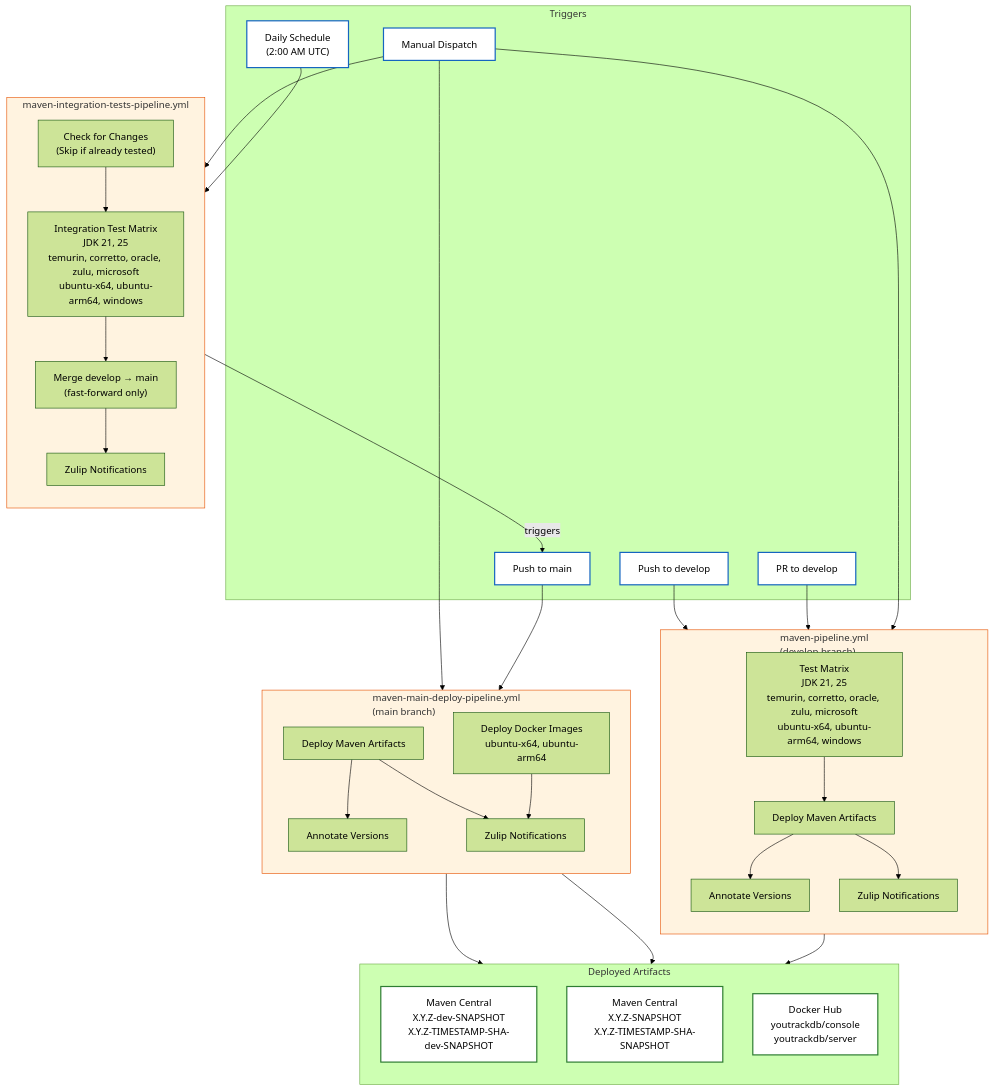
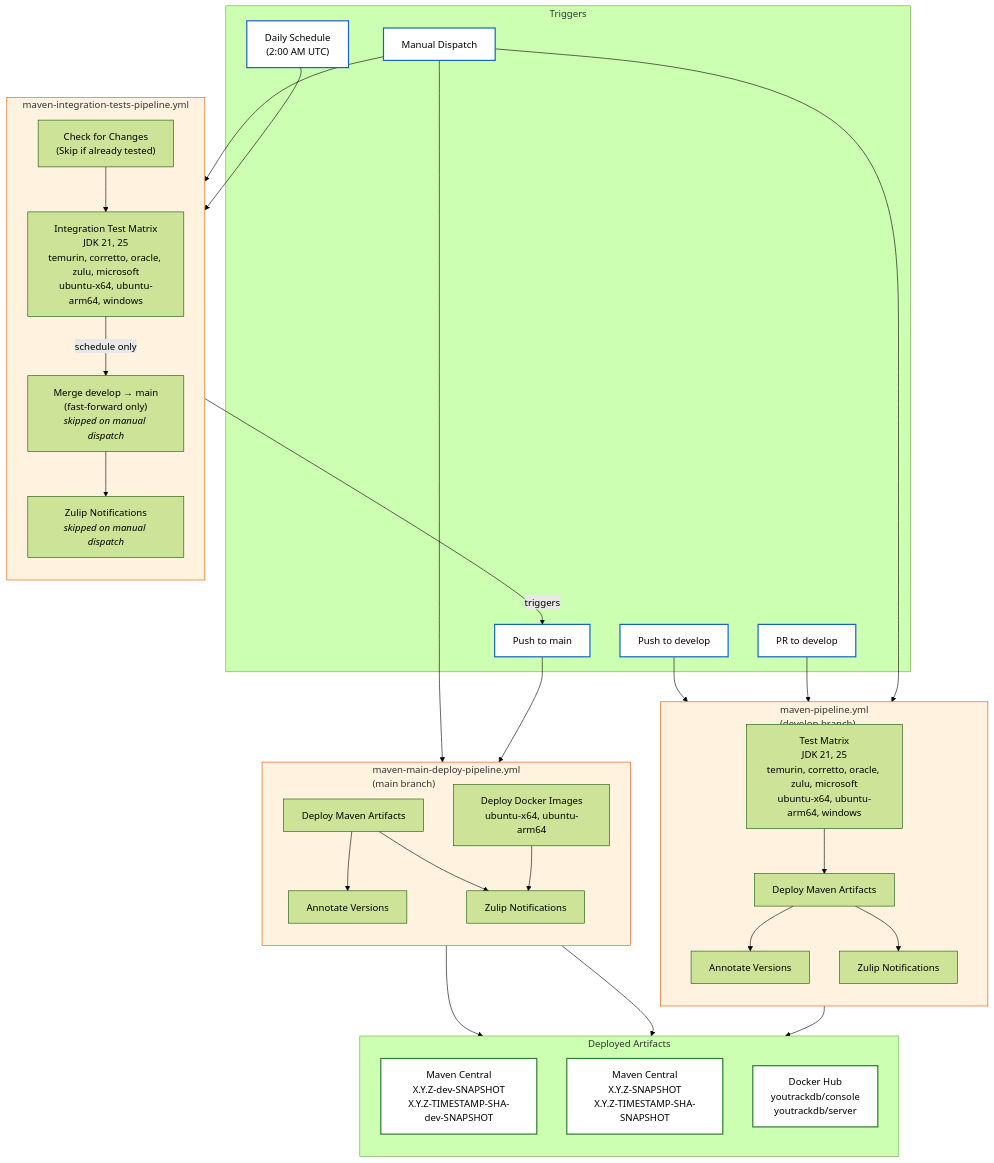
The diagram in .github/workflows/ci-cd-diagram.md (JetBrains/youtrackdb), drawn with Mermaid (forest theme) before and after one commit. The commit also changed other lines of this file, not shown here.

First line of the commit message:
YTDB-278: Update CI/CD documentation for manual dispatch behavior

````diff
--- a/.github/workflows/ci-cd-diagram.md
+++ b/.github/workflows/ci-cd-diagram.md
@@ -3,80 +3,80 @@
 ```mermaid
 flowchart TB
     subgraph triggers["Triggers"]
         push_develop["Push to develop"]
         pr_develop["PR to develop"]
         schedule["Daily Schedule<br/>(2:00 AM UTC)"]
         push_main["Push to main"]
         manual["Manual Dispatch"]
     end
 
     subgraph maven_pipeline["maven-pipeline.yml<br/>(develop branch)"]
         direction TB
         mp_test["Test Matrix<br/>JDK 21, 25<br/>temurin, corretto, oracle, zulu, microsoft<br/>ubuntu-x64, ubuntu-arm64, windows"]
         mp_deploy["Deploy Maven Artifacts"]
         mp_annotate["Annotate Versions"]
         mp_notify["Zulip Notifications"]
         mp_test --> mp_deploy
         mp_deploy --> mp_annotate
         mp_deploy --> mp_notify
     end
 
     subgraph integration_pipeline["maven-integration-tests-pipeline.yml"]
         direction TB
         it_check["Check for Changes<br/>(Skip if already tested)"]
         it_test["Integration Test Matrix<br/>JDK 21, 25<br/>temurin, corretto, oracle, zulu, microsoft<br/>ubuntu-x64, ubuntu-arm64, windows"]
-        it_merge["Merge develop → main<br/>(fast-forward only)"]
-        it_notify["Zulip Notifications"]
+        it_merge["Merge develop → main<br/>(fast-forward only)<br/><i>skipped on manual dispatch</i>"]
+        it_notify["Zulip Notifications<br/><i>skipped on manual dispatch</i>"]
         it_check --> it_test
-        it_test --> it_merge
+        it_test -->|"schedule only"| it_merge
         it_merge --> it_notify
     end
 
     subgraph main_pipeline["maven-main-deploy-pipeline.yml<br/>(main branch)"]
         direction TB
         main_deploy["Deploy Maven Artifacts"]
         main_annotate["Annotate Versions"]
         main_docker["Deploy Docker Images<br/>ubuntu-x64, ubuntu-arm64"]
         main_notify["Zulip Notifications"]
         main_deploy --> main_annotate
         main_deploy --> main_notify
         main_docker --> main_notify
     end
 
     subgraph artifacts["Deployed Artifacts"]
         direction TB
         maven_dev["Maven Central<br/>X.Y.Z-dev-SNAPSHOT<br/>X.Y.Z-TIMESTAMP-SHA-dev-SNAPSHOT"]
         maven_release["Maven Central<br/>X.Y.Z-SNAPSHOT<br/>X.Y.Z-TIMESTAMP-SHA-SNAPSHOT"]
         docker["Docker Hub<br/>youtrackdb/console<br/>youtrackdb/server"]
     end
 
 %% Trigger connections
     push_develop --> maven_pipeline
     pr_develop --> maven_pipeline
     manual --> maven_pipeline
     manual --> integration_pipeline
     manual --> main_pipeline
     schedule --> integration_pipeline
     push_main --> main_pipeline
 %% Pipeline to artifacts
     mp_deploy --> maven_dev
     main_deploy --> maven_release
     main_docker --> docker
 %% Integration triggers main
     it_merge -->|" triggers "| push_main
 %% Styling
   classDef trigger fill: #fff, stroke: #1565c0, stroke-width: 2px
   classDef pipeline fill: #fff3e0, stroke: #e65100
   classDef artifact fill: #fff, stroke: #2e7d32, stroke-width: 2px
   class push_develop trigger
   class pr_develop trigger
   class schedule trigger
   class push_main trigger
   class manual trigger
   class maven_pipeline pipeline
   class integration_pipeline pipeline
   class main_pipeline pipeline
   class maven_dev artifact
   class maven_release artifact
   class docker artifact
 ```
````
